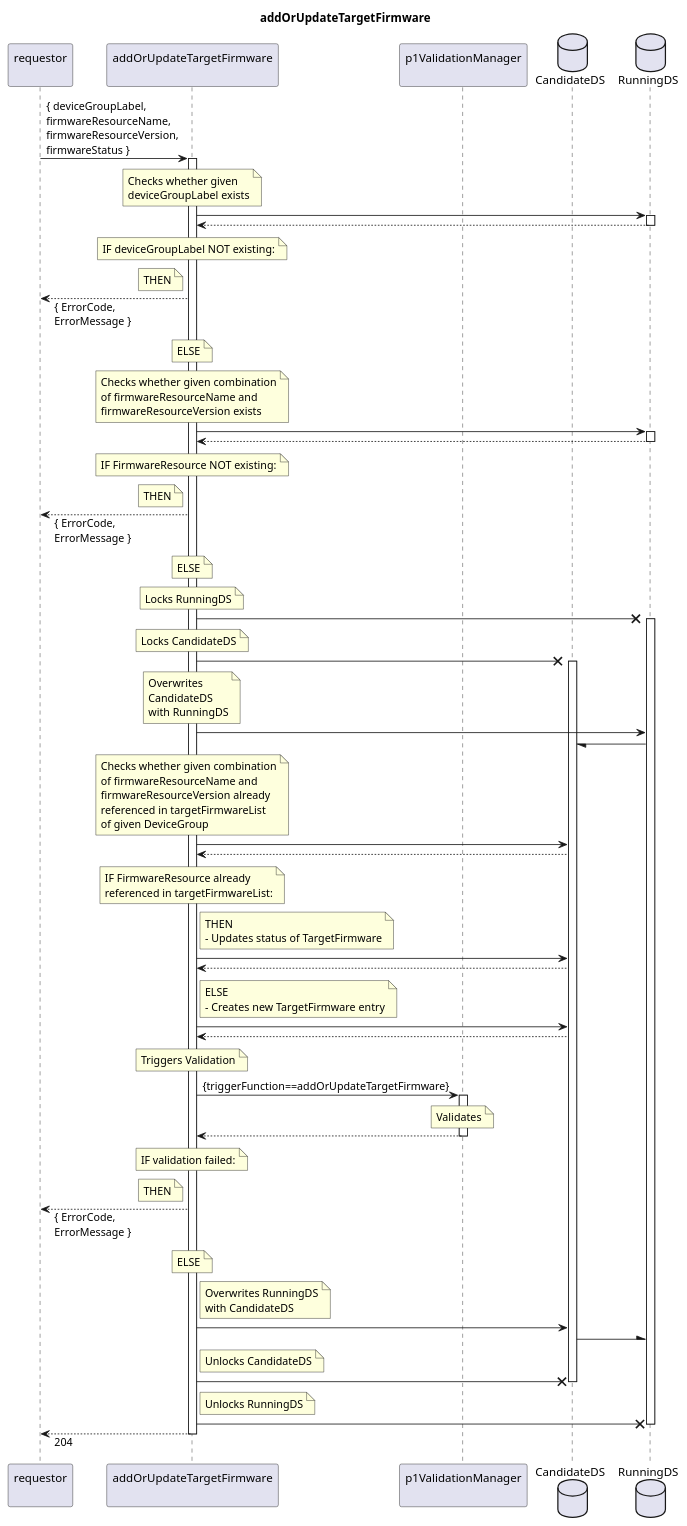
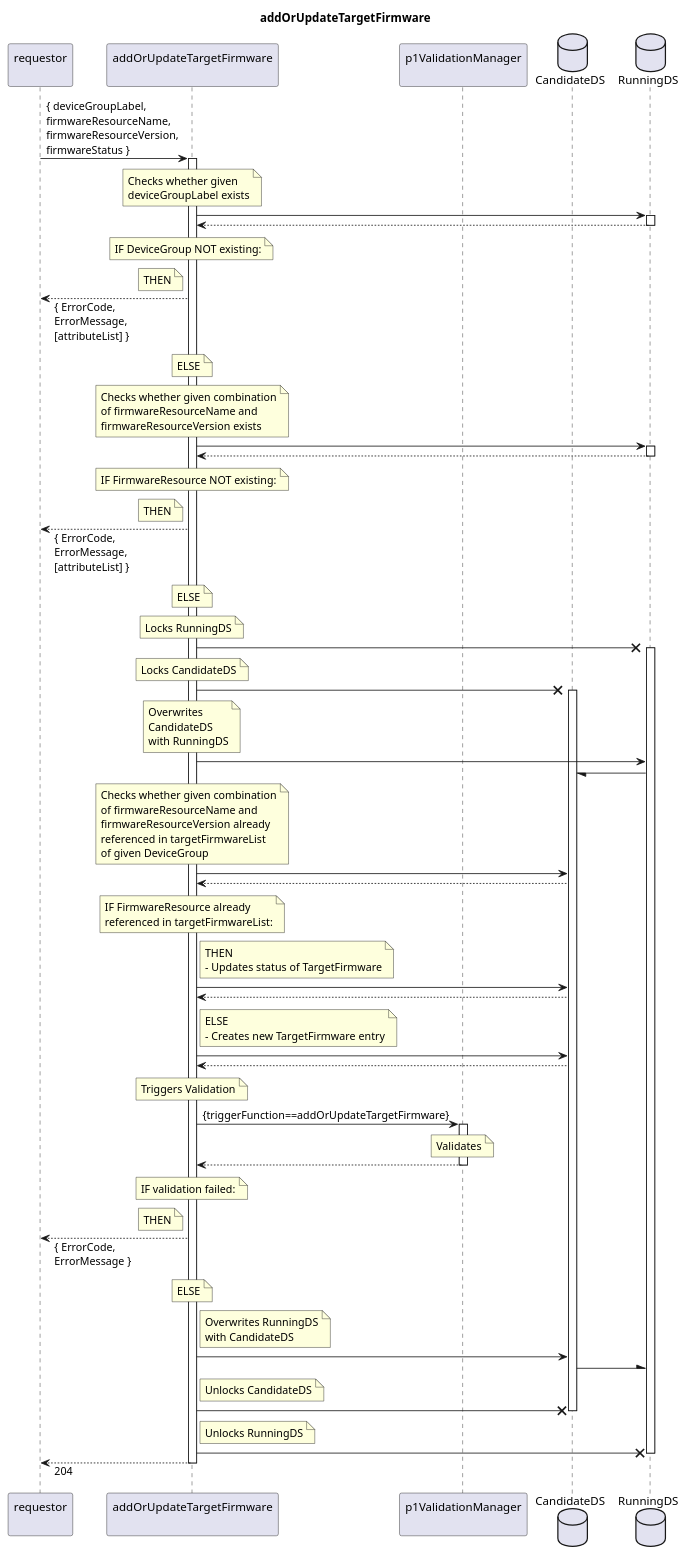
The diagram in spec/Services/addOrUpdateTargetFirmware/1.0.0/addOrUpdateTargetFirmware.plantuml (openBackhaul/FirmWareManager), drawn with PlantUML before and after one commit. The commit also changed 19 other files, not shown here.

```diff
--- a/spec/Services/addOrUpdateTargetFirmware/1.0.0/addOrUpdateTargetFirmware.plantuml
+++ b/spec/Services/addOrUpdateTargetFirmware/1.0.0/addOrUpdateTargetFirmware.plantuml
@@ -1,142 +1,142 @@
 @startuml addOrUpdateTargetFirmware
 skinparam responseMessageBelowArrow true
 
 title
   addOrUpdateTargetFirmware
 end title
 
 participant "requestor\n" as requestor
 participant "addOrUpdateTargetFirmware\n" as addTarget
 participant "p1ValidationManager\n" as valiMan
 database "CandidateDS" as CanDS
 database "RunningDS" as RunDS
 
 requestor -> addTarget: { deviceGroupLabel,\nfirmwareResourceName,\nfirmwareResourceVersion,\nfirmwareStatus }
 activate addTarget
 
   note over addTarget
     Checks whether given
     deviceGroupLabel exists
   end note
   addTarget -> RunDS
   activate RunDS
   addTarget <-- RunDS
   deactivate RunDS
   note over addTarget
-    IF deviceGroupLabel NOT existing:
+    IF DeviceGroup NOT existing:
   end note
   note left addTarget
     THEN
   end note
-  requestor <-- addTarget: { ErrorCode,\nErrorMessage }
+  requestor <-- addTarget: { ErrorCode,\nErrorMessage,\n[attributeList] }
   note over addTarget
     ELSE
   end note
 
   note over addTarget
     Checks whether given combination
     of firmwareResourceName and
     firmwareResourceVersion exists
   end note
   addTarget -> RunDS
   activate RunDS
   addTarget <-- RunDS
   deactivate RunDS
   note over addTarget
     IF FirmwareResource NOT existing:
   end note
   note left addTarget
     THEN
   end note
-  requestor <-- addTarget: { ErrorCode,\nErrorMessage }
+  requestor <-- addTarget: { ErrorCode,\nErrorMessage,\n[attributeList] }
   note over addTarget
     ELSE
   end note
 
   note over addTarget
     Locks RunningDS
   end note
   addTarget -X RunDS
   activate RunDS
   note over addTarget
     Locks CandidateDS
   end note
   addTarget -X CanDS
   activate CanDS
   note over addTarget
     Overwrites
     CandidateDS
     with RunningDS
   end note
   addTarget -> RunDS
   RunDS -/ CanDS
 
   note over addTarget
     Checks whether given combination
     of firmwareResourceName and
     firmwareResourceVersion already
     referenced in targetFirmwareList
     of given DeviceGroup
   end note
   addTarget -> CanDS
   addTarget <-- CanDS
   note over addTarget
     IF FirmwareResource already
     referenced in targetFirmwareList:
   end note
   note right addTarget
     THEN
     - Updates status of TargetFirmware
   end note
   addTarget -> CanDS
   addTarget <-- CanDS
   note right addTarget
     ELSE
     - Creates new TargetFirmware entry
   end note
   addTarget -> CanDS
   addTarget <-- CanDS
 
   note over addTarget
     Triggers Validation
   end note
   addTarget -> valiMan: {triggerFunction==addOrUpdateTargetFirmware}
   activate valiMan
     note over valiMan
       Validates
     end note
   addTarget <-- valiMan
   deactivate valiMan
   note over addTarget
     IF validation failed:
   end note
   note left addTarget
     THEN
   end note
   requestor <-- addTarget: { ErrorCode,\nErrorMessage }
   note over addTarget
     ELSE
   end note
 
   note right addTarget
     Overwrites RunningDS
     with CandidateDS
   end note
   addTarget -> CanDS
   CanDS -\ RunDS
   note right addTarget
     Unlocks CandidateDS
   end note
   addTarget -X CanDS
   deactivate CanDS
   note right addTarget
     Unlocks RunningDS
   end note
   addTarget -X RunDS
   deactivate RunDS
 
   requestor <-- addTarget: 204
 
 deactivate addTarget
 
 @enduml
```
